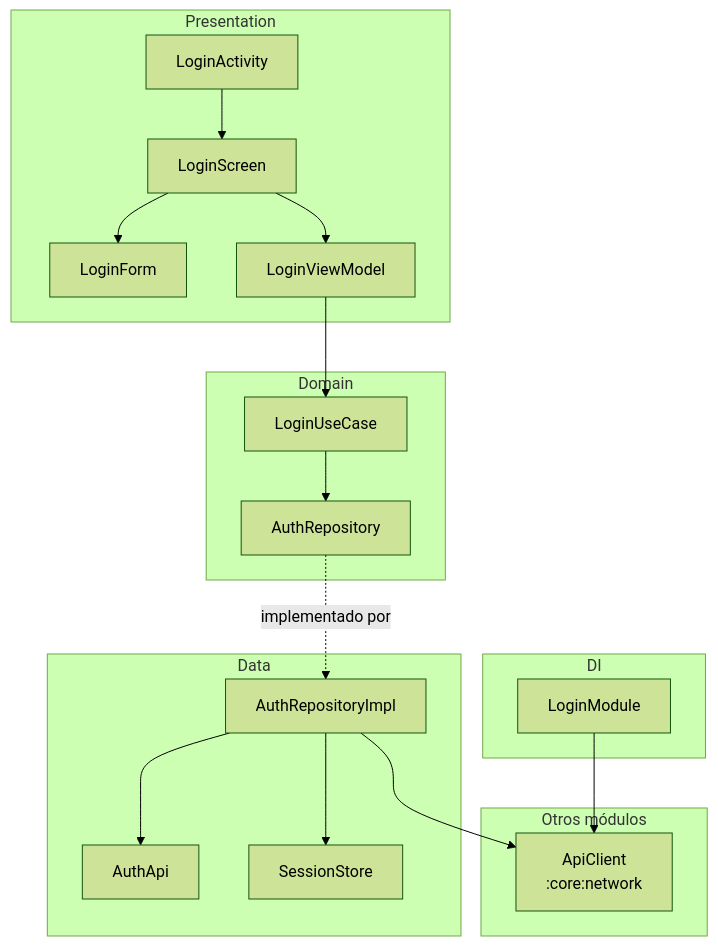
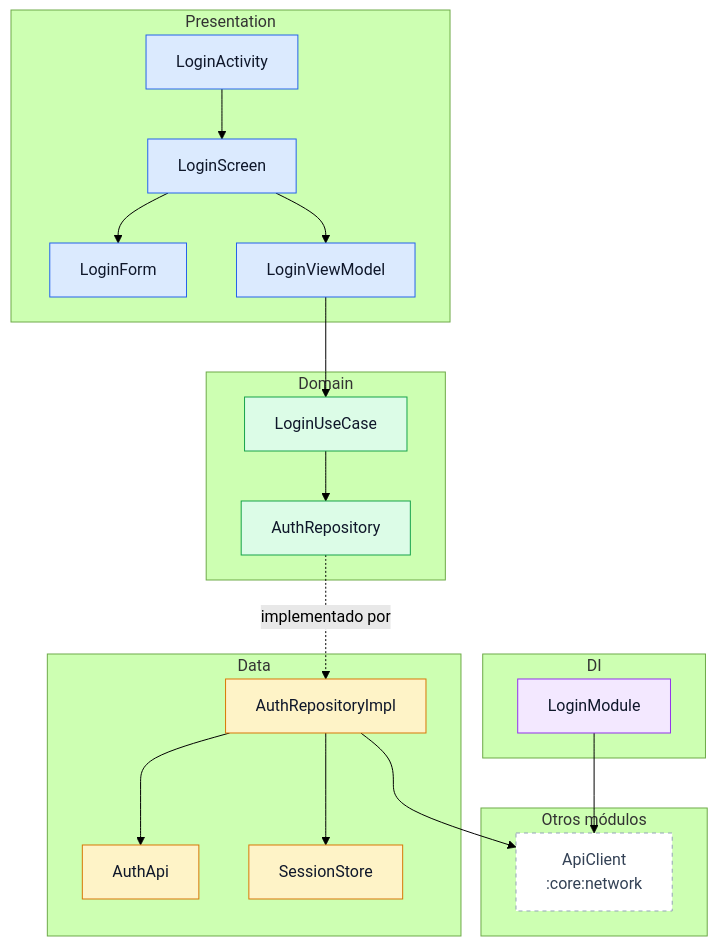
One commit to pfranccino/android-module-map changed the first of 5 diagrams in examples/feature-login.md. Above: the diagram before and after it, drawn with Mermaid (forest theme). The commit also changed other lines of this file and 5 other files, not shown here.

````diff
--- a/examples/feature-login.md
+++ b/examples/feature-login.md
@@ -9,34 +9,44 @@
 ```mermaid
 graph TD
     subgraph Presentation
         n2["LoginActivity"]
         n3["LoginScreen"]
         n4["LoginForm"]
         n5["LoginViewModel"]
     end
     subgraph Domain
         n0["AuthRepository"]
         n6["LoginUseCase"]
     end
     subgraph Data
         n7["AuthApi"]
         n1["AuthRepositoryImpl"]
         n8["SessionStore"]
     end
     subgraph DI
         n9["LoginModule"]
     end
     subgraph ext_modules["Otros módulos"]
         n10["ApiClient<br/>:core:network"]
     end
     n1 --> n10
     n1 --> n7
     n1 --> n8
     n2 --> n3
     n3 --> n4
     n3 --> n5
     n5 --> n6
     n6 --> n0
     n9 --> n10
     n0 -.implementado por.-> n1
+    classDef layerPresentation fill:#dbeafe,stroke:#2563eb,color:#0f172a
+    class n2,n3,n4,n5 layerPresentation
+    classDef layerDomain fill:#dcfce7,stroke:#16a34a,color:#0f172a
+    class n0,n6 layerDomain
+    classDef layerData fill:#fef3c7,stroke:#d97706,color:#0f172a
+    class n7,n1,n8 layerData
+    classDef layerDI fill:#f3e8ff,stroke:#9333ea,color:#0f172a
+    class n9 layerDI
+    classDef external fill:#ffffff,stroke:#94a3b8,stroke-dasharray:4,color:#334155
+    class n10 external
 ```
````
